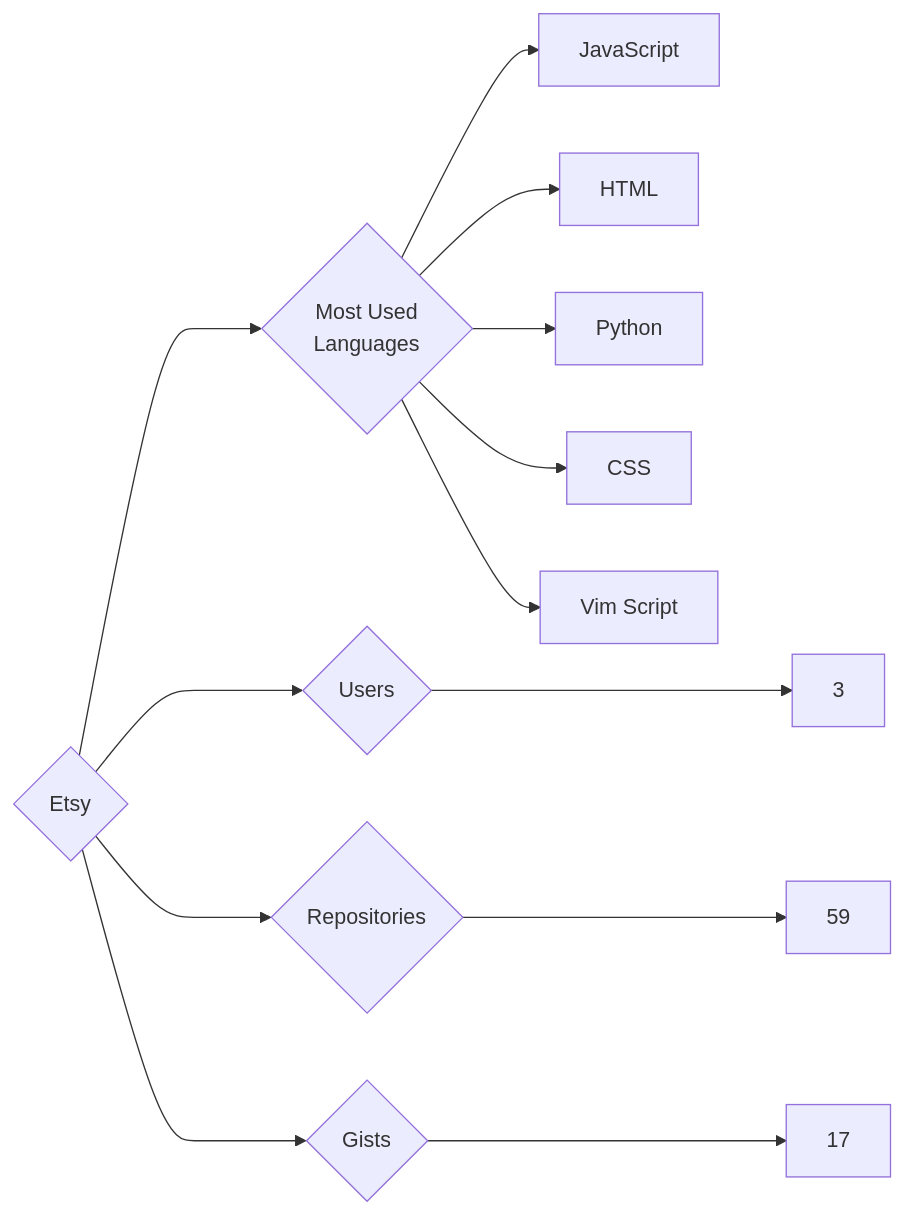
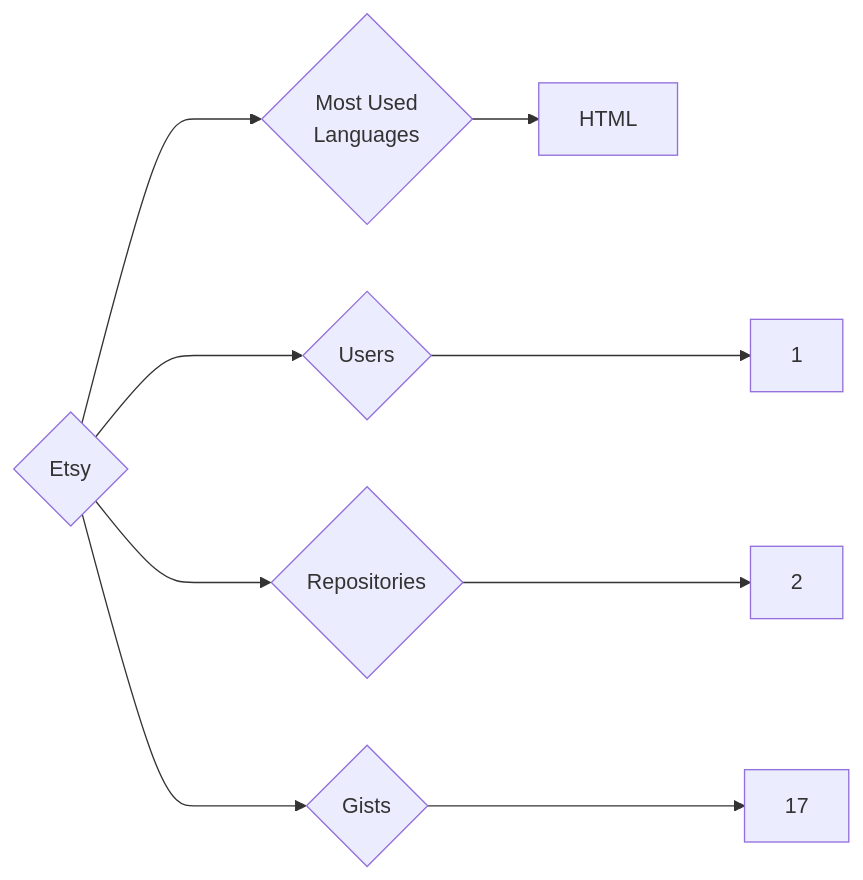
One commit to trickest/insiders changed the diagram in targets/Etsy/README.md. Above: the diagram before and after it, drawn with Mermaid. The commit also changed 1036 other files, not shown here.

````diff
--- a/targets/Etsy/README.md
+++ b/targets/Etsy/README.md
@@ -3,13 +3,9 @@
 ```mermaid
 graph LR
 COMPANY_NAME{Etsy}
-COMPANY_NAME ---> U{Users} ---> UN[3]
-COMPANY_NAME ---> R{Repositories} ---> RN[59]
+COMPANY_NAME ---> U{Users} ---> UN[1]
+COMPANY_NAME ---> R{Repositories} ---> RN[2]
 COMPANY_NAME ---> G{Gists} ---> GN[17]
 COMPANY_NAME ---> ML{Most Used<br>Languages}
-ML --> JavaScript[JavaScript]
 ML --> HTML[HTML]
-ML --> Python[Python]
-ML --> CSS[CSS]
-ML --> Vim_Script[Vim Script]
 ```
````
